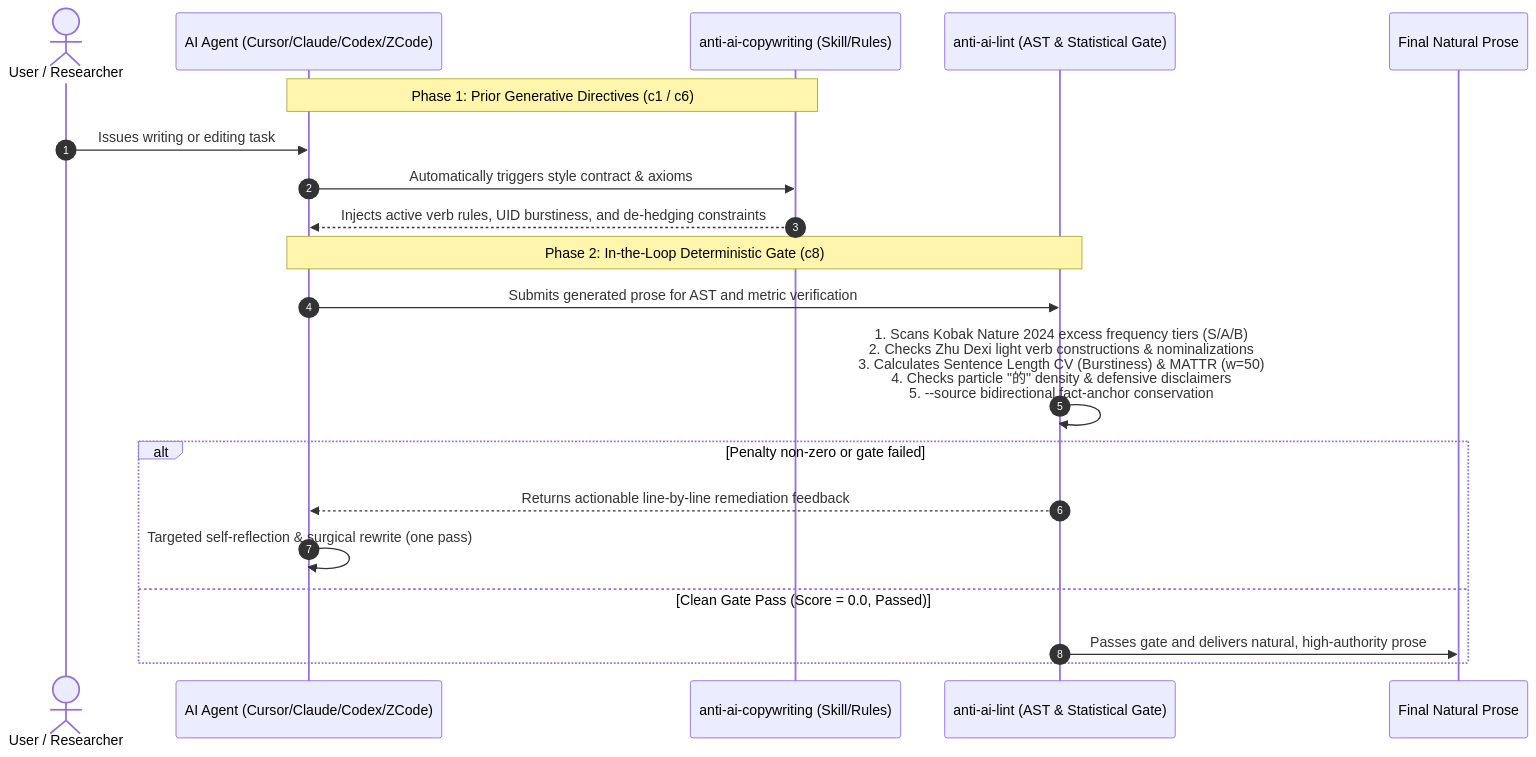
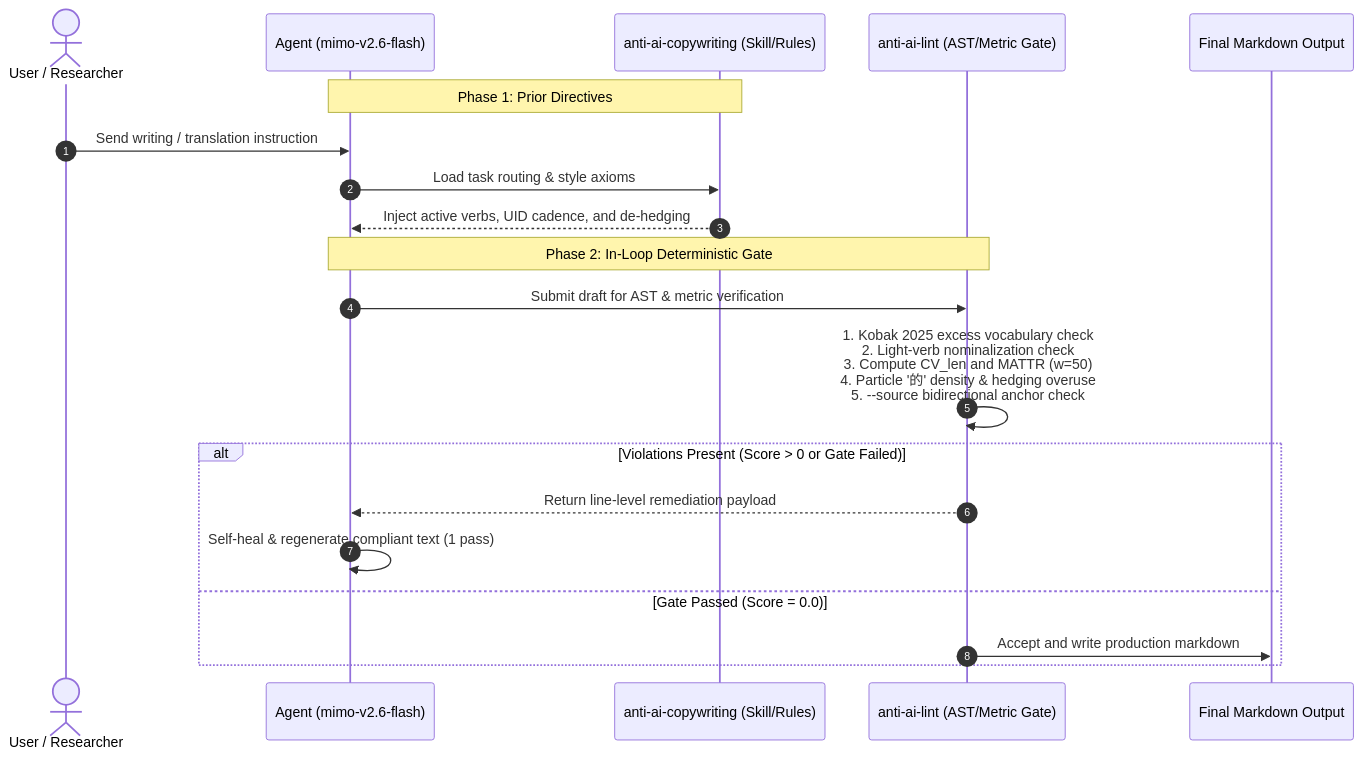
One commit to CalebChen941028/anti-ai-copywriting changed the diagram in docs/BENCHMARK_REPORT.md. Above: the diagram before and after it, drawn with Mermaid. The commit also changed other lines of this file and 34 other files, not shown here.

First line of the commit message:
refactor(benchmark): unify on verified empirical mimo-v2.6-flash benchmark and purge unverified GLM-5.3 artifacts

````diff
--- a/docs/BENCHMARK_REPORT.md
+++ b/docs/BENCHMARK_REPORT.md
@@ -51,24 +50,24 @@
 ```mermaid
 sequenceDiagram
     autonumber
     actor User as User / Researcher
-    participant Agent as AI Agent (Cursor/Claude/Codex/ZCode)
+    participant Agent as Agent (mimo-v2.6-flash)
     participant Engine as anti-ai-copywriting (Skill/Rules)
-    participant Lint as anti-ai-lint (AST & Statistical Gate)
-    participant Doc as Final Natural Prose
+    participant Lint as anti-ai-lint (AST/Metric Gate)
+    participant Doc as Final Markdown Output
 
-    Note over Agent,Engine: Phase 1: Prior Generative Directives (c1 / c6)
-    User->>Agent: Issues writing or editing task
-    Agent->>Engine: Automatically triggers style contract & axioms
-    Engine-->>Agent: Injects active verb rules, UID burstiness, and de-hedging constraints
+    Note over Agent,Engine: Phase 1: Prior Directives
+    User->>Agent: Send writing / translation instruction
+    Agent->>Engine: Load task routing & style axioms
+    Engine-->>Agent: Inject active verbs, UID cadence, and de-hedging
 
-    Note over Agent,Lint: Phase 2: In-the-Loop Deterministic Gate (c8)
-    Agent->>Lint: Submits generated prose for AST and metric verification
-    Lint->>Lint: 1. Scans Kobak Nature 2024 excess frequency tiers (S/A/B)<br/>2. Checks Zhu Dexi light verb constructions & nominalizations<br/>3. Calculates Sentence Length CV (Burstiness) & MATTR (w=50)<br/>4. Checks particle "的" density & defensive disclaimers<br/>5. --source bidirectional fact-anchor conservation
-    alt Penalty non-zero or gate failed
-        Lint-->>Agent: Returns actionable line-by-line remediation feedback
-        Agent->>Agent: Targeted self-reflection & surgical rewrite (one pass)
-    else Clean Gate Pass (Score = 0.0, Passed)
-        Lint->>Doc: Passes gate and delivers natural, high-authority prose
+    Note over Agent,Lint: Phase 2: In-Loop Deterministic Gate
+    Agent->>Lint: Submit draft for AST & metric verification
+    Lint->>Lint: 1. Kobak 2025 excess vocabulary check<br/>2. Light-verb nominalization check<br/>3. Compute CV_len and MATTR (w=50)<br/>4. Particle '的' density & hedging overuse<br/>5. --source bidirectional anchor check
+    alt Violations Present (Score > 0 or Gate Failed)
+        Lint-->>Agent: Return line-level remediation payload
+        Agent->>Agent: Self-heal & regenerate compliant text (1 pass)
+    else Gate Passed (Score = 0.0)
+        Lint->>Doc: Accept and write production markdown
     end
 ```
````
